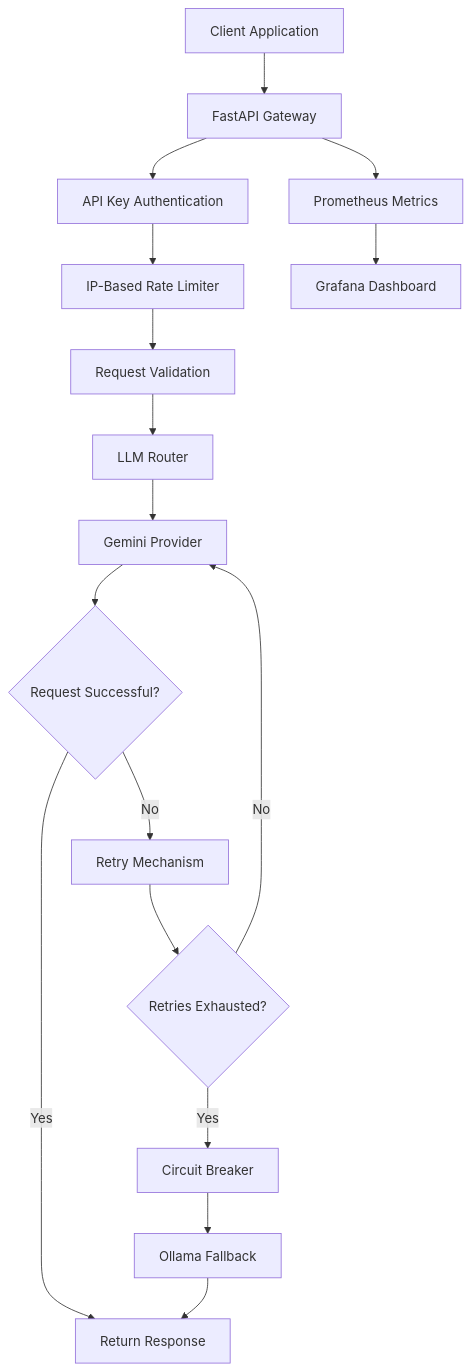
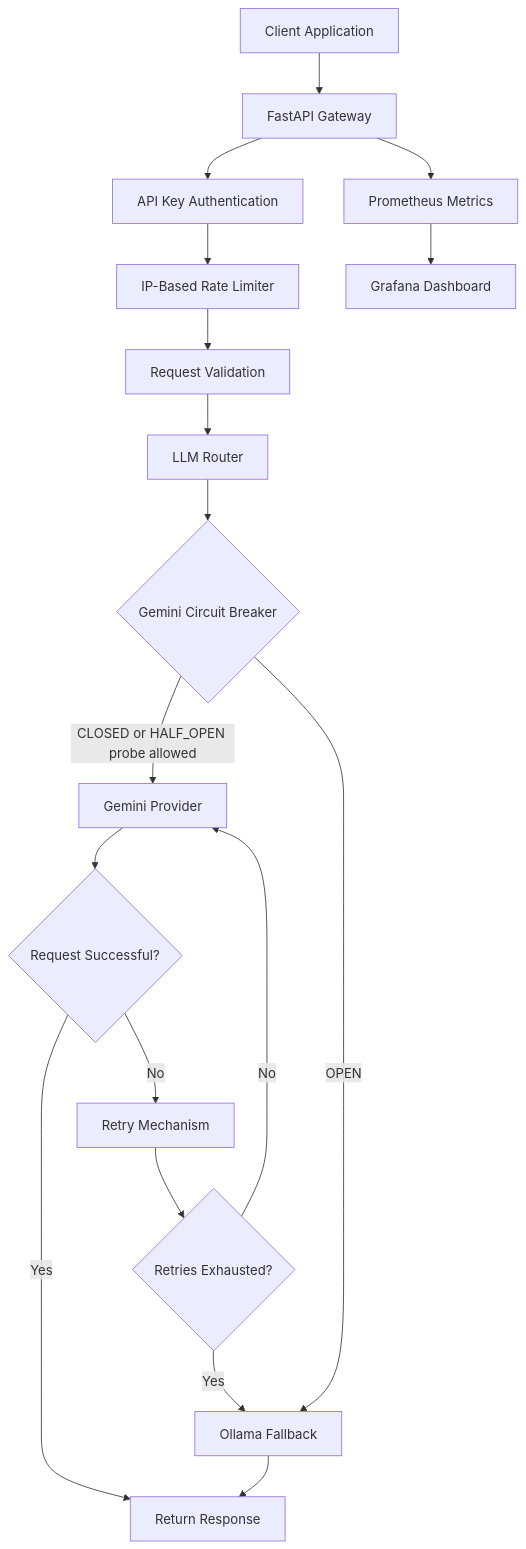
Before and after one commit to shaikirfan2301/self-healing-llm-gateway: the diagram in README.md, drawn with Mermaid.

Commit message:
Correct architecture diagram circuit breaker flow

````diff
--- a/README.md
+++ b/README.md
@@ -43,24 +43,25 @@
 ```mermaid
 flowchart TD
     A[Client Application] --> B[FastAPI Gateway]
     B --> C[API Key Authentication]
     C --> D[IP-Based Rate Limiter]
     D --> E[Request Validation]
     E --> F[LLM Router]
 
-    F --> G[Gemini Provider]
-    G --> H{Request Successful?}
+    F --> G{Gemini Circuit Breaker}
+    G -->|CLOSED or HALF_OPEN probe allowed| H[Gemini Provider]
+    G -->|OPEN| M[Ollama Fallback]
 
-    H -->|Yes| I[Return Response]
-    H -->|No| J[Retry Mechanism]
+    H --> I{Request Successful?}
+    I -->|Yes| N[Return Response]
+    I -->|No| J[Retry Mechanism]
 
     J --> K{Retries Exhausted?}
-    K -->|No| G
-    K -->|Yes| L[Circuit Breaker]
+    K -->|No| H
+    K -->|Yes| M
 
-    L --> M[Ollama Fallback]
-    M --> I
+    M --> N
 
-    B --> N[Prometheus Metrics]
-    N --> O[Grafana Dashboard]
+    B --> O[Prometheus Metrics]
+    O --> P[Grafana Dashboard]
 ```
````
